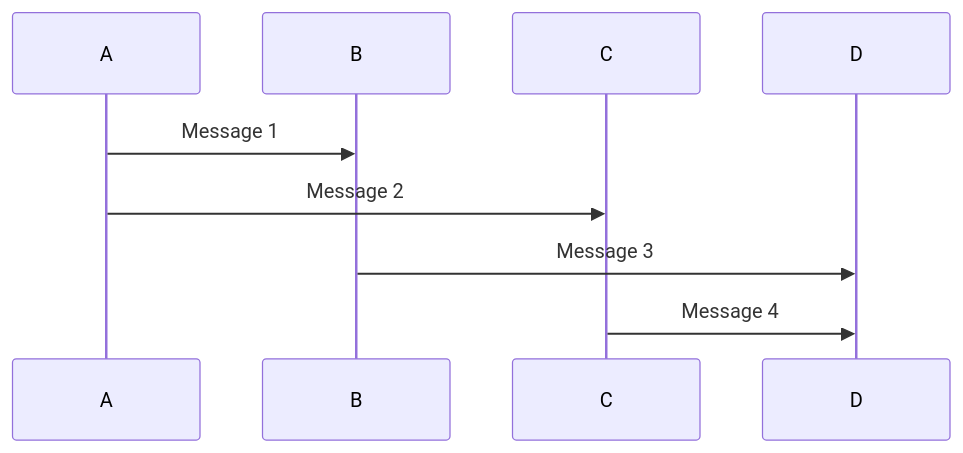
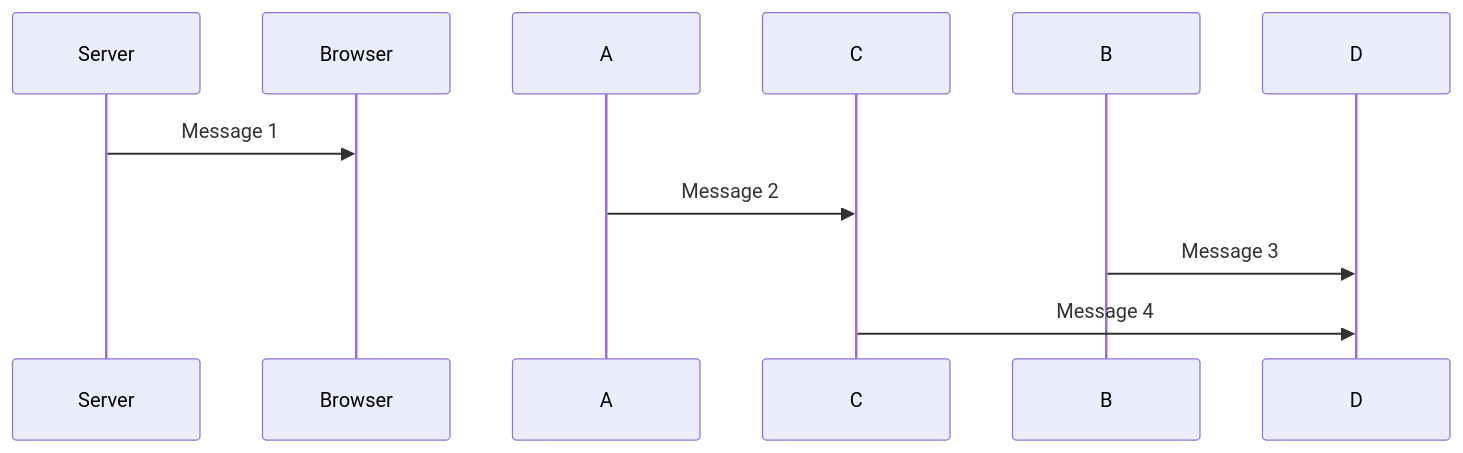
One commit to jydndev/Fullstack-Open changed the diagram in Part 0/mermaid.md. Above: the diagram before and after it, drawn with Mermaid.

````diff
--- a/Part 0/mermaid.md
+++ b/Part 0/mermaid.md
@@ -1,12 +1,10 @@
 ```mermaid
 sequenceDiagram
-    participant A
-    participant B
-    participant C
-    participant D
+    participant Server
+    participant Browser
 
-    A->>B: Message 1
+    Server->>Browser: Message 1
     A->>C: Message 2
     B->>D: Message 3
     C->>D: Message 4
 ```
````
